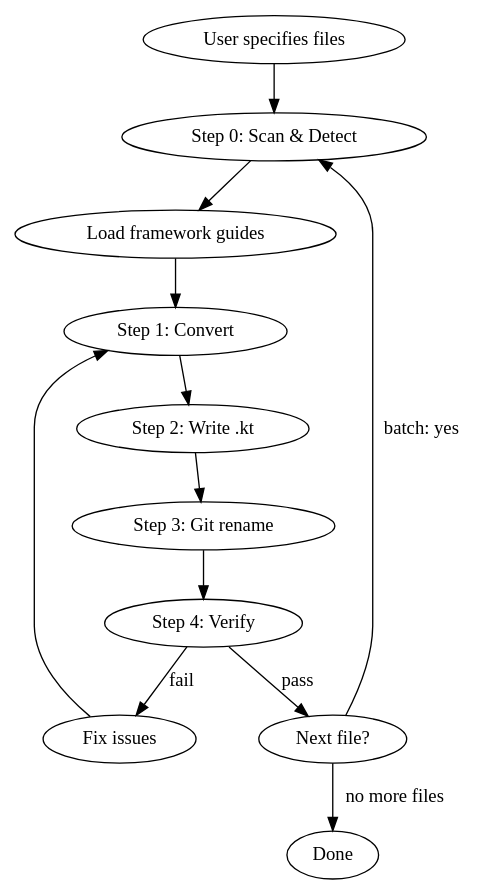
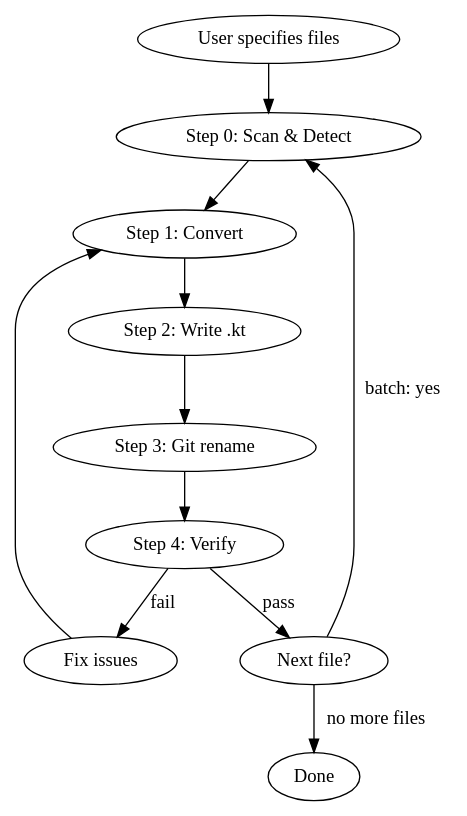
One commit to minekube/craftless changed the diagram in .agents/skills/kotlin-tooling-java-to-kotlin/SKILL.md. Above: the diagram before and after it, drawn with Graphviz. The commit also changed other lines of this file and 15 other files, not shown here.

````diff
--- a/.agents/skills/kotlin-tooling-java-to-kotlin/SKILL.md
+++ b/.agents/skills/kotlin-tooling-java-to-kotlin/SKILL.md
@@ -23,16 +22,15 @@
 ```dot
 digraph j2k_workflow {
   rankdir=TB;
   "User specifies files" -> "Step 0: Scan & Detect";
-  "Step 0: Scan & Detect" -> "Load framework guides";
-  "Load framework guides" -> "Step 1: Convert";
+  "Step 0: Scan & Detect" -> "Step 1: Convert";
   "Step 1: Convert" -> "Step 2: Write .kt";
   "Step 2: Write .kt" -> "Step 3: Git rename";
   "Step 3: Git rename" -> "Step 4: Verify";
   "Step 4: Verify" -> "Next file?" [label="pass"];
   "Step 4: Verify" -> "Fix issues" [label="fail"];
   "Fix issues" -> "Step 1: Convert";
   "Next file?" -> "Step 0: Scan & Detect" [label="batch: yes"];
   "Next file?" -> "Done" [label="no more files"];
 }
 ```
````
